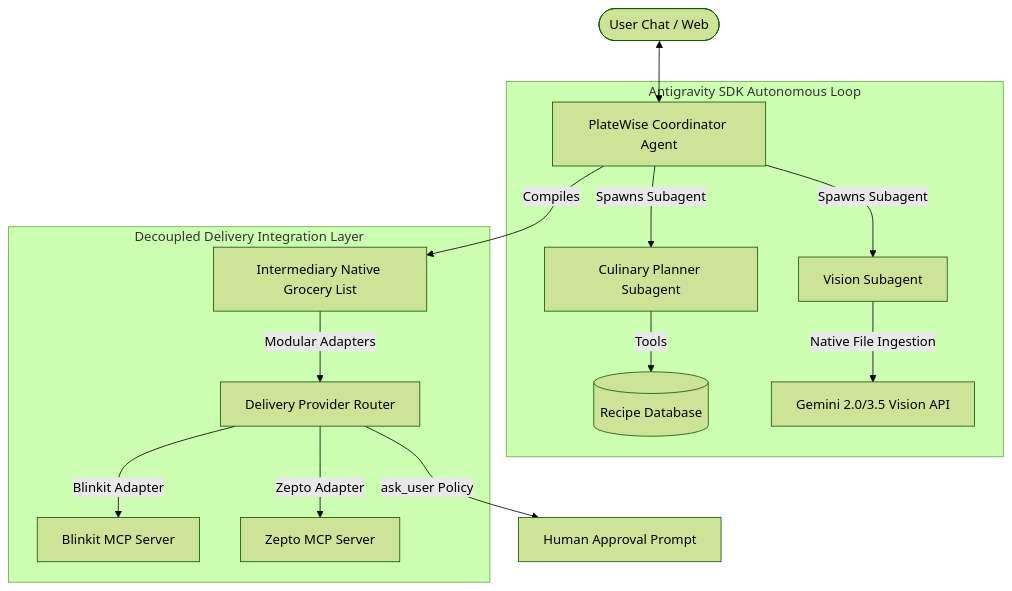
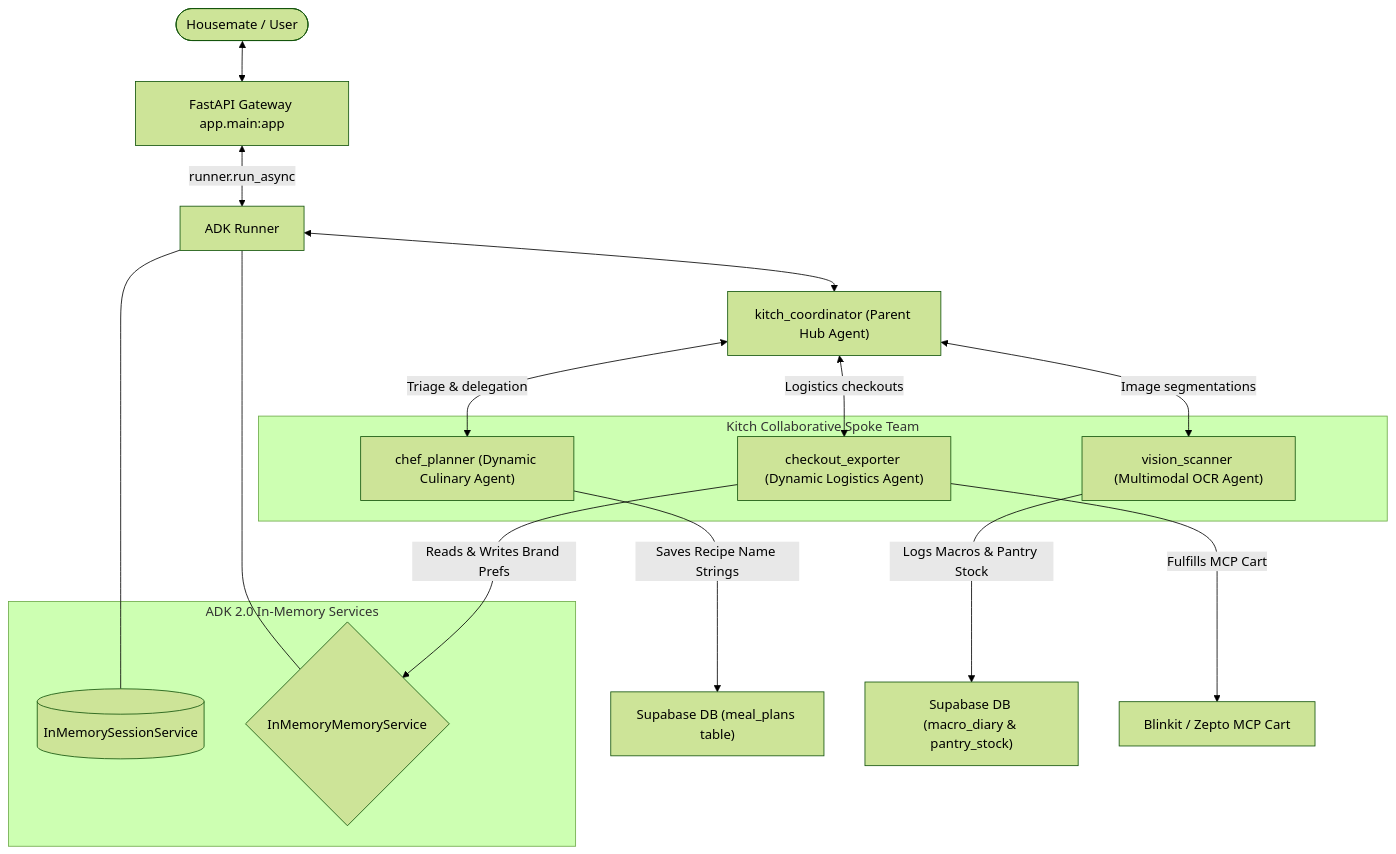
Before and after one commit to architworks/meal_and_grocery_agent: the diagram in docs/ai_architecture_proposal.md, drawn with Mermaid (forest theme). The commit also changed other lines of this file and 11 other files, not shown here.

Commit message:
refactor: remove static recipe database in favor of dynamic generation and logic-based ingredient management for agent tools

````diff
--- a/docs/ai_architecture_proposal.md
+++ b/docs/ai_architecture_proposal.md
@@ -12,22 +12,33 @@
 ```mermaid
-graph TD
-    User([User Chat / Web]) <--> Coordinator[PlateWise Coordinator Agent]
+flowchart TD
+    User([Housemate / User]) <--> Gateway[FastAPI Gateway app.main:app]
+    Gateway <-->|runner.run_async| Runner[ADK Runner]
     
-    subgraph Antigravity SDK Autonomous Loop
-        Coordinator -->|Spawns Subagent| SubPlanner[Culinary Planner Subagent]
-        Coordinator -->|Spawns Subagent| SubVision[Vision Subagent]
-        
-        SubPlanner -->|Tools| RecipeDB[(Recipe Database)]
-        SubVision -->|Native File Ingestion| GeminiMultimodal[Gemini 2.0/3.5 Vision API]
+    subgraph ADK_Services ["ADK 2.0 In-Memory Services"]
+        SessionSvc[(InMemorySessionService)]
+        MemorySvc{InMemoryMemoryService}
     end
     
-    Coordinator -->|Compiles| NativeList[Intermediary Native Grocery List]
+    Runner --- SessionSvc
+    Runner --- MemorySvc
     
-    subgraph Decoupled Delivery Integration Layer
-        NativeList -->|Modular Adapters| Router[Delivery Provider Router]
-        Router -->|Blinkit Adapter| BlinkitMCP[Blinkit MCP Server]
-        Router -->|Zepto Adapter| ZeptoMCP[Zepto MCP Server]
+    %% Parent Coordinator
+    Runner <--> Coordinator["kitch_coordinator (Parent Hub Agent)"]
+    
+    %% Multi-Agent Routing & Delegation (3-Spoke Team)
+    subgraph Agent_Team ["Kitch Collaborative Spoke Team"]
+        SubChef["chef_planner (Dynamic Culinary Agent)"]
+        SubVision["vision_scanner (Multimodal OCR Agent)"]
+        SubCart["checkout_exporter (Dynamic Logistics Agent)"]
     end
     
-    Router -->|ask_user Policy| Prompt[Human Approval Prompt]
+    Coordinator <-->|Triage & delegation| SubChef
+    Coordinator <-->|Image segmentations| SubVision
+    Coordinator <-->|Logistics checkouts| SubCart
+    
+    %% Spoke Tools & DB Connections
+    SubChef -->|Saves Recipe Name Strings| SupabasePlanner["Supabase DB (meal_plans table)"]
+    SubVision -->|Logs Macros & Pantry Stock| SupabaseDiary["Supabase DB (macro_diary & pantry_stock)"]
+    SubCart -->|Reads & Writes Brand Prefs| MemorySvc
+    SubCart -->|Fulfills MCP Cart| MCP["Blinkit / Zepto MCP Cart"]
 ```
````
